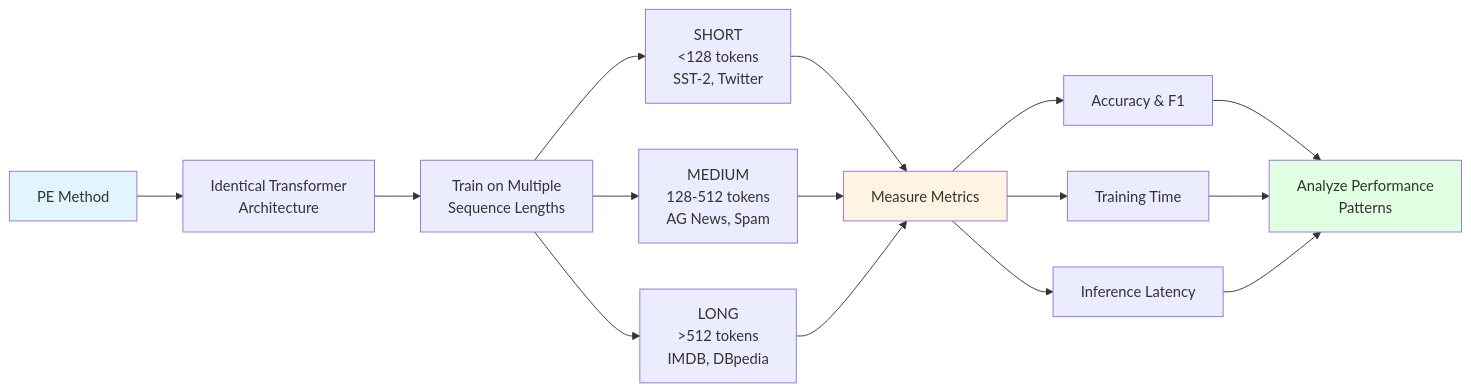
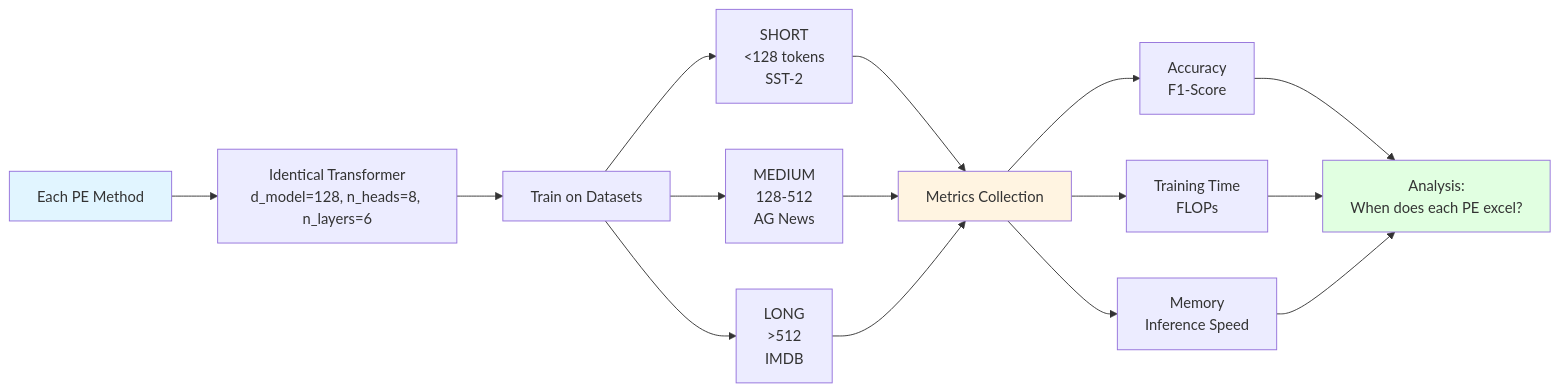
Before and after one commit to zeeza18/PE-COMPARISON-MOE: the third of 5 diagrams in README.md, drawn with Mermaid. The commit also changed other lines of this file, not shown here.

````diff
--- a/README.md
+++ b/README.md
@@ -99,25 +195,25 @@
 ```mermaid
 flowchart LR
-    A[PE Method] --> B[Identical Transformer<br/>Architecture]
-    B --> C[Train on Multiple<br/>Sequence Lengths]
+    A[Each PE Method] --> B[Identical Transformer<br/>d_model=128, n_heads=8, n_layers=6]
+    B --> C[Train on Datasets]
 
-    C --> D1[SHORT<br/>&lt;128 tokens<br/>SST-2, Twitter]
-    C --> D2[MEDIUM<br/>128-512 tokens<br/>AG News, Spam]
-    C --> D3[LONG<br/>&gt;512 tokens<br/>IMDB, DBpedia]
+    C --> D1[SHORT<br/>&lt;128 tokens<br/>SST-2]
+    C --> D2[MEDIUM<br/>128-512<br/>AG News]
+    C --> D3[LONG<br/>&gt;512<br/>IMDB]
 
-    D1 --> E[Measure Metrics]
+    D1 --> E[Metrics Collection]
     D2 --> E
     D3 --> E
 
-    E --> F1[Accuracy & F1]
-    E --> F2[Training Time]
-    E --> F3[Inference Latency]
+    E --> F1[Accuracy<br/>F1-Score]
+    E --> F2[Training Time<br/>FLOPs]
+    E --> F3[Memory<br/>Inference Speed]
 
-    F1 --> G[Analyze Performance<br/>Patterns]
+    F1 --> G[Analysis:<br/>When does each PE excel?]
     F2 --> G
     F3 --> G
 
     style A fill:#e1f5ff
     style E fill:#fff4e1
     style G fill:#e1ffe1
 ```
````
